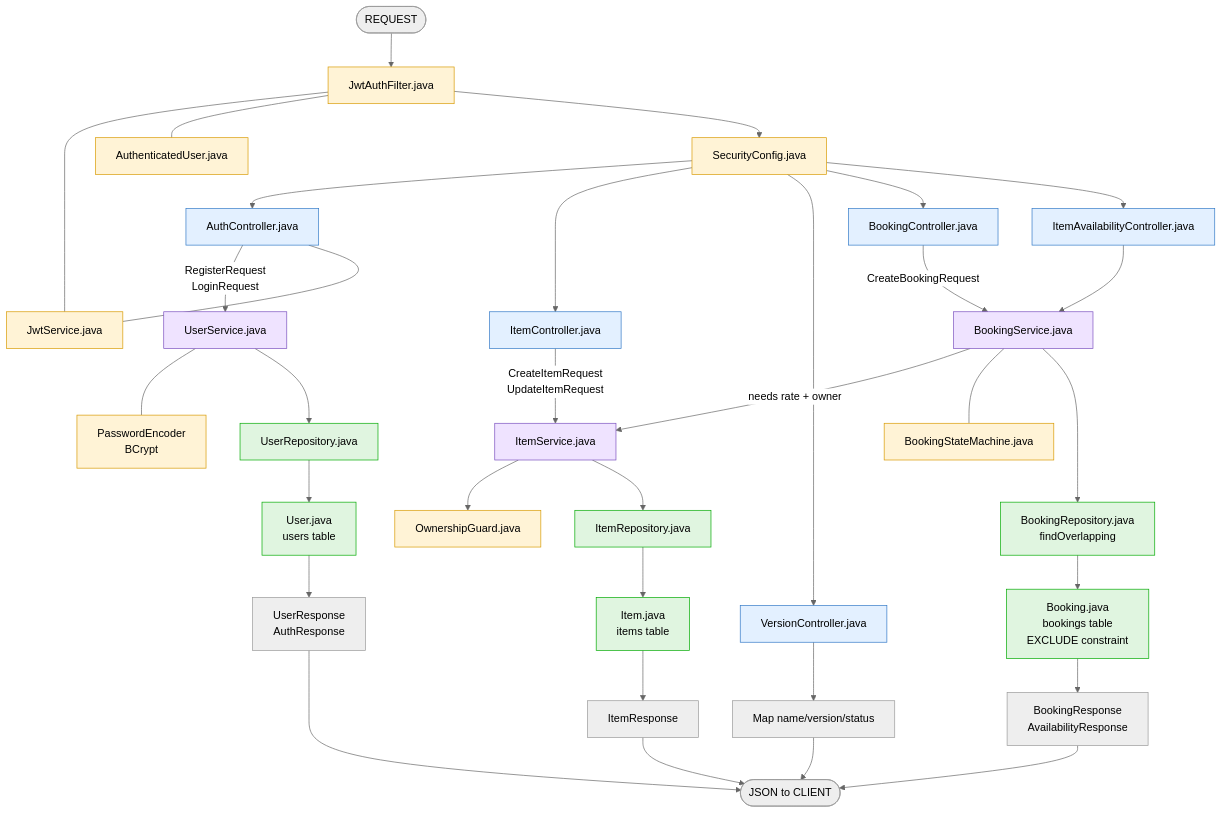
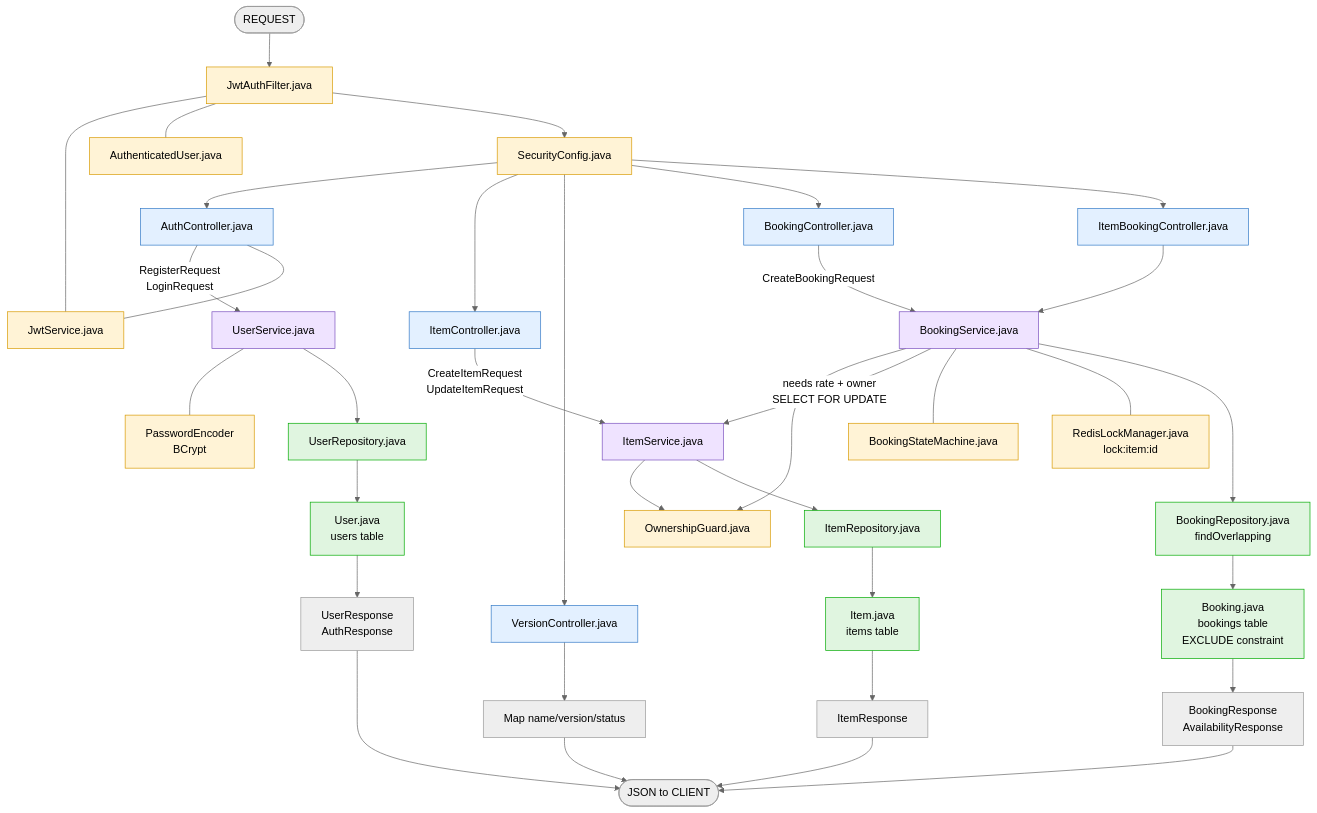
One commit to RajatRajSharma/rentFlowBackend changed the second of 14 diagrams in docs/API_FLOW.md. Above: the diagram before and after it, drawn with Mermaid (neutral theme). The commit also changed other lines of this file and 21 other files, not shown here.

````diff
--- a/docs/API_FLOW.md
+++ b/docs/API_FLOW.md
@@ -66,58 +66,60 @@
 ```mermaid
 flowchart TD
     REQ(["REQUEST"]) --> JAF
 
     JAF["JwtAuthFilter.java"]
     JWT["JwtService.java"]
     AU["AuthenticatedUser.java"]
     SC["SecurityConfig.java"]
 
     JAF --- JWT
     JAF --- AU
     JAF --> SC
 
     SC --> AC["AuthController.java"]
     SC --> IC["ItemController.java"]
     SC --> VC["VersionController.java"]
     SC --> BC["BookingController.java"]
-    SC --> AVC["ItemAvailabilityController.java"]
+    SC --> AVC["ItemBookingController.java"]
 
     AC -->|"RegisterRequest<br/>LoginRequest"| US["UserService.java"]
     IC -->|"CreateItemRequest<br/>UpdateItemRequest"| IS["ItemService.java"]
     BC -->|"CreateBookingRequest"| BS["BookingService.java"]
     AVC --> BS
 
     US --- PE["PasswordEncoder<br/>BCrypt"]
     AC --- JWT
     IS --> OG["OwnershipGuard.java"]
-    BS -->|"needs rate + owner"| IS
+    BS --> OG
+    BS -->|"needs rate + owner<br/>SELECT FOR UPDATE"| IS
     BS --- BSM["BookingStateMachine.java"]
+    BS --- LMG["RedisLockManager.java<br/>lock:item:id"]
 
     US --> UR["UserRepository.java"]
     IS --> IR["ItemRepository.java"]
     BS --> BR["BookingRepository.java<br/>findOverlapping"]
 
     UR --> UE["User.java<br/>users table"]
     IR --> IE["Item.java<br/>items table"]
     BR --> BE["Booking.java<br/>bookings table<br/>EXCLUDE constraint"]
 
     UE --> UDTO["UserResponse<br/>AuthResponse"]
     IE --> IDTO["ItemResponse"]
     BE --> BDTO["BookingResponse<br/>AvailabilityResponse"]
     VC --> VDTO["Map name/version/status"]
 
     UDTO --> OUT
     IDTO --> OUT
     BDTO --> OUT
     VDTO --> OUT
     OUT(["JSON to CLIENT"])
 
     classDef sec fill:#fff3d6,stroke:#d89a00
     classDef ctrl fill:#e3f0ff,stroke:#3178c6
     classDef svc fill:#efe3ff,stroke:#7a4fbf
     classDef repo fill:#e0f5e0,stroke:#0a0
-    class JAF,JWT,AU,SC,OG,PE,BSM sec
+    class JAF,JWT,AU,SC,OG,PE,BSM,LMG sec
     class AC,IC,VC,BC,AVC ctrl
     class US,IS,BS svc
     class UR,IR,BR,UE,IE,BE repo
 ```
````
